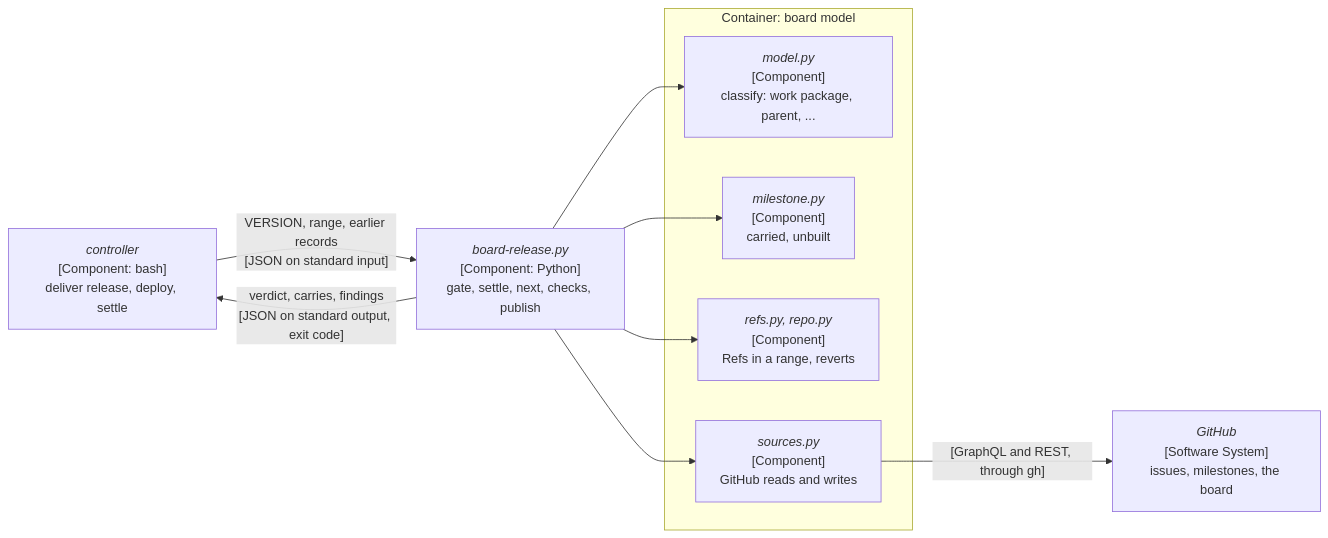
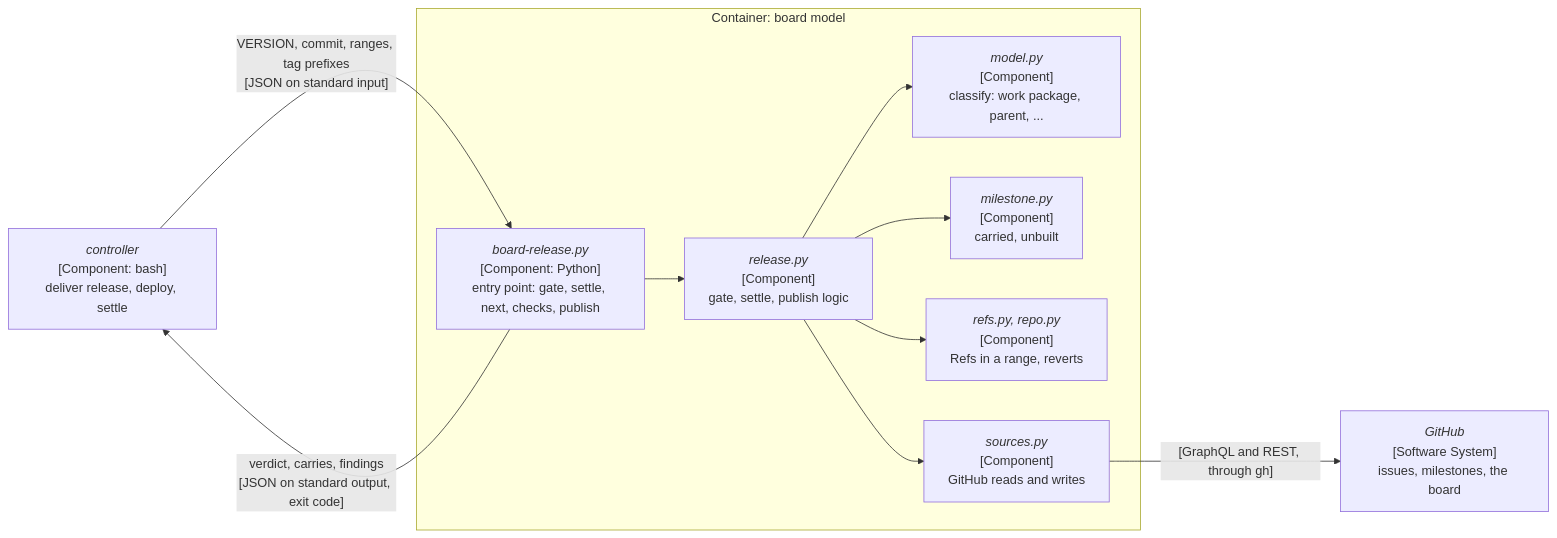
Before and after one commit to delphside/programme: the sixth of 6 diagrams in records/2.5-changes/programme-tooling/117-generic-deliver-tool/design.md, drawn with Mermaid. The commit also changed other lines of this file and 2 other files, not shown here.

First line of the commit message:
Change 117: apply the document reviews of the board model's part

````diff
--- a/records/2.5-changes/programme-tooling/117-generic-deliver-tool/design.md
+++ b/records/2.5-changes/programme-tooling/117-generic-deliver-tool/design.md
@@ -614,19 +624,21 @@
 ```mermaid
 flowchart LR
   CTL["<i>controller</i><br>[Component: bash]<br>deliver release, deploy, settle"]
-  BR["<i>board-release.py</i><br>[Component: Python]<br>gate, settle, next, checks, publish"]
   subgraph MODEL["Container: board model"]
+    BR["<i>board-release.py</i><br>[Component: Python]<br>entry point: gate, settle, next, checks, publish"]
+    RL["<i>release.py</i><br>[Component]<br>gate, settle, publish logic"]
     M["<i>model.py</i><br>[Component]<br>classify: work package, parent, ..."]
     MS["<i>milestone.py</i><br>[Component]<br>carried, unbuilt"]
     RF["<i>refs.py, repo.py</i><br>[Component]<br>Refs in a range, reverts"]
     SRC["<i>sources.py</i><br>[Component]<br>GitHub reads and writes"]
   end
   GH["<i>GitHub</i><br>[Software System]<br>issues, milestones, the board"]
-  CTL -->|"VERSION, range, earlier records<br>[JSON on standard input]"| BR
+  CTL -->|"VERSION, commit, ranges, tag prefixes<br>[JSON on standard input]"| BR
   BR -->|"verdict, carries, findings<br>[JSON on standard output, exit code]"| CTL
-  BR --> M
-  BR --> MS
-  BR --> RF
-  BR --> SRC
+  BR --> RL
+  RL --> M
+  RL --> MS
+  RL --> RF
+  RL --> SRC
   SRC -->|"[GraphQL and REST, through gh]"| GH
 ```
````
